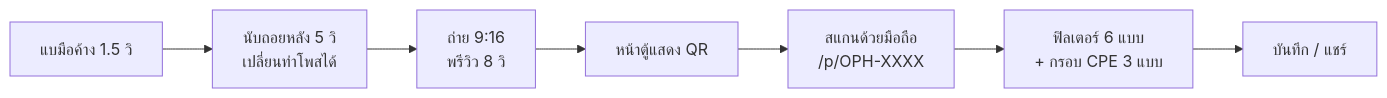
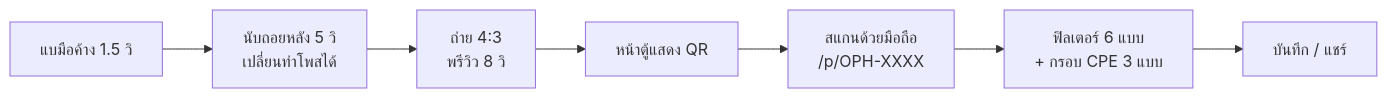
The first of 2 diagrams in README.md (icelandz9/swu-openhouse), drawn with Mermaid before and after one commit. The commit also changed other lines of this file and 18 other files, not shown here.

````diff
--- a/README.md
+++ b/README.md
@@ -15,9 +15,9 @@
 ```mermaid
 flowchart LR
     A["แบมือค้าง 1.5 วิ"] --> B["นับถอยหลัง 5 วิ<br>เปลี่ยนท่าโพสได้"]
-    B --> C["ถ่าย 9:16<br>พรีวิว 8 วิ"]
+    B --> C["ถ่าย 4:3<br>พรีวิว 8 วิ"]
     C --> D["หน้าตู้แสดง QR"]
     D --> E["สแกนด้วยมือถือ<br>/p/OPH-XXXX"]
     E --> F["ฟิลเตอร์ 6 แบบ<br>+ กรอบ CPE 3 แบบ"]
     F --> G["บันทึก / แชร์"]
 ```
````
